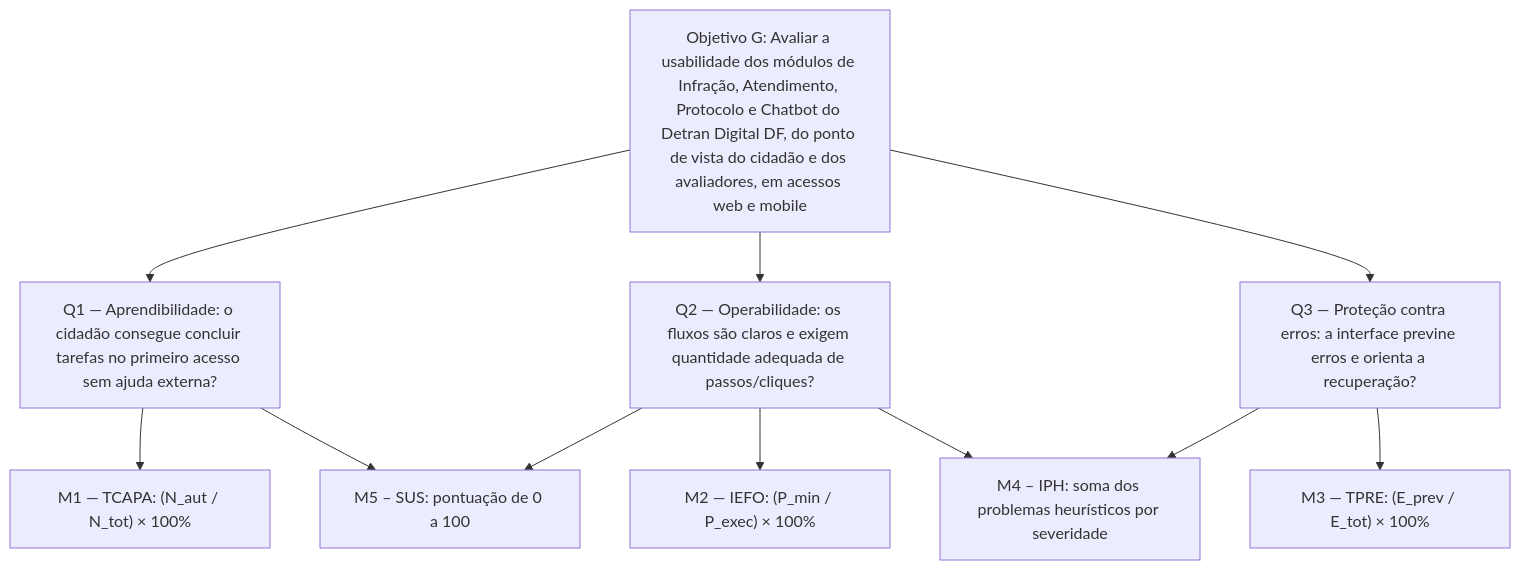
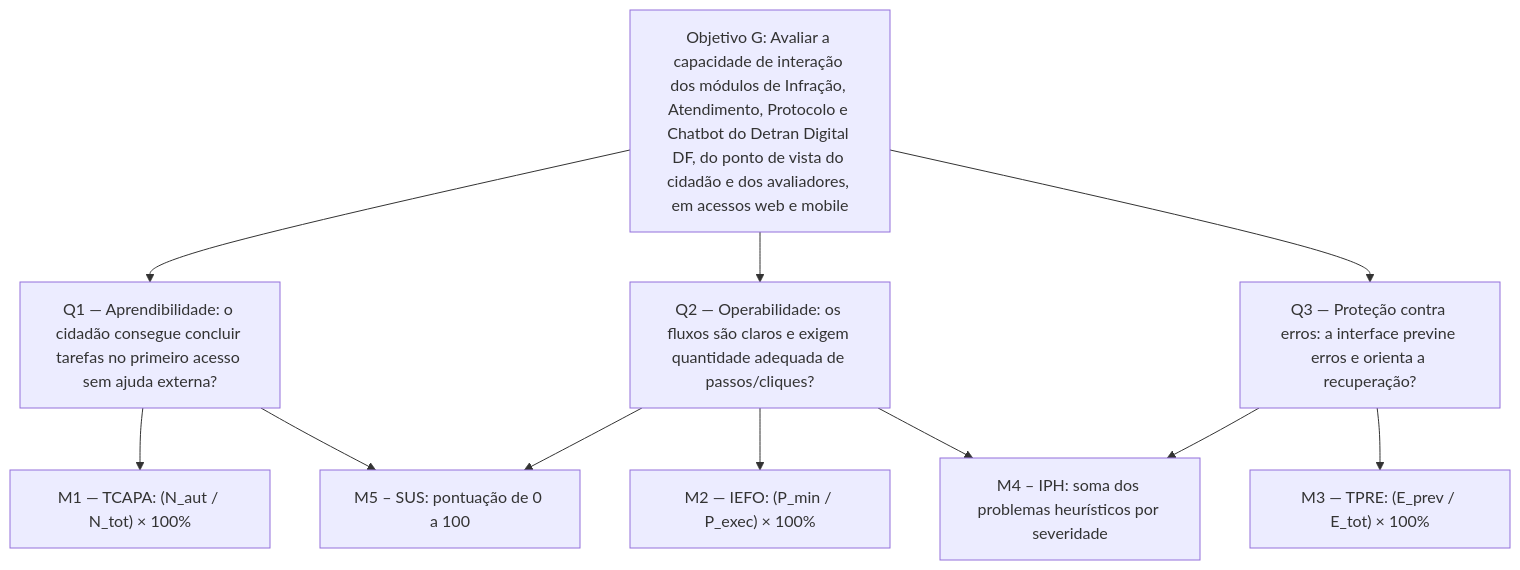
Before and after one commit to FCTE-Qualidade-de-Software-1/2026-2_T02_KAY_MCNULTY: the diagram in docs/fase2/usabilidade.md, drawn with Mermaid. The commit also changed other lines of this file and 23 other files, not shown here.

````diff
--- a/docs/fase2/usabilidade.md
+++ b/docs/fase2/usabilidade.md
@@ -185,25 +185,25 @@
 ```mermaid
 flowchart TD
-    G["Objetivo G: Avaliar a usabilidade dos módulos de Infração, Atendimento, Protocolo e Chatbot do Detran Digital DF, do ponto de vista do cidadão e dos avaliadores, em acessos web e mobile"]
+    G["Objetivo G: Avaliar a capacidade de interação dos módulos de Infração, Atendimento, Protocolo e Chatbot do Detran Digital DF, do ponto de vista do cidadão e dos avaliadores, em acessos web e mobile"]
 
     Q1["Q1 — Aprendibilidade: o cidadão consegue concluir tarefas no primeiro acesso sem ajuda externa?"]
     Q2["Q2 — Operabilidade: os fluxos são claros e exigem quantidade adequada de passos/cliques?"]
     Q3["Q3 — Proteção contra erros: a interface previne erros e orienta a recuperação?"]
 
     M1["M1 — TCAPA: (N_aut / N_tot) × 100%"]
     M2["M2 — IEFO: (P_min / P_exec) × 100%"]
     M3["M3 — TPRE: (E_prev / E_tot) × 100%"]
     M4["M4 – IPH: soma dos problemas heurísticos por severidade"]
     M5["M5 – SUS: pontuação de 0 a 100"]
 
     G --> Q1
     G --> Q2
     G --> Q3
     Q1 --> M1
     Q2 --> M2
     Q3 --> M3
     Q2 --> M4
     Q3 --> M4
     Q1 --> M5
     Q2 --> M5
 ```
````
